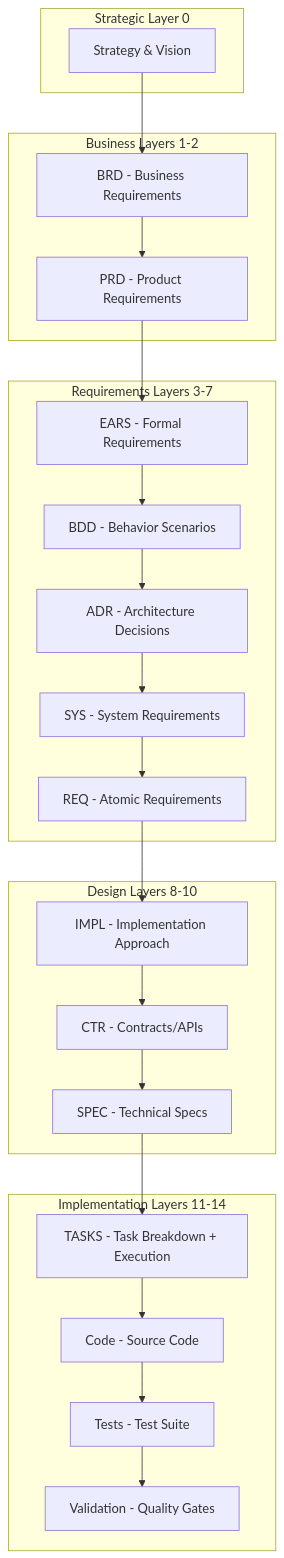
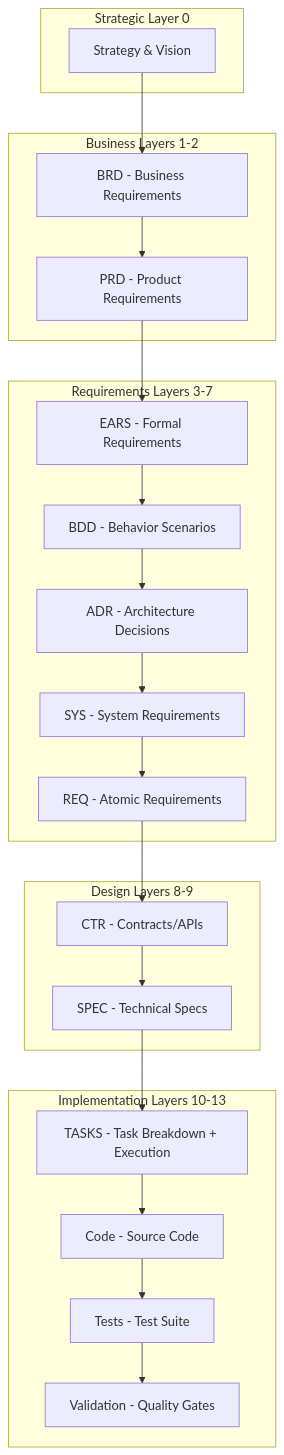
One commit to vladm3105/aidoc-flow-framework changed the second of 5 diagrams in ai_dev_flow/README.md. Above: the diagram before and after it, drawn with Mermaid. The commit also changed other lines of this file and 146 other files, not shown here.

Commit message:
refactor: Restructure documentation framework by reordering CTR, SPEC, and TASKS layers and removing the IMPL layer.

````diff
--- a/ai_dev_flow/README.md
+++ b/ai_dev_flow/README.md
@@ -264,31 +261,30 @@
 ```mermaid
 graph TB
     subgraph "Strategic Layer 0"
         L0[Strategy & Vision]
     end
     subgraph "Business Layers 1-2"
         L1[BRD - Business Requirements]
         L2[PRD - Product Requirements]
     end
     subgraph "Requirements Layers 3-7"
         L3[EARS - Formal Requirements]
         L4[BDD - Behavior Scenarios]
         L5[ADR - Architecture Decisions]
         L6[SYS - System Requirements]
         L7[REQ - Atomic Requirements]
     end
-    subgraph "Design Layers 8-10"
-        L8[IMPL - Implementation Approach]
-        L9[CTR - Contracts/APIs]
-        L10[SPEC - Technical Specs]
+    subgraph "Design Layers 8-9"
+        L8[CTR - Contracts/APIs]
+        L9[SPEC - Technical Specs]
     end
-    subgraph "Implementation Layers 11-14"
-        L11[TASKS - Task Breakdown + Execution]
-        L12[Code - Source Code]
-        L13[Tests - Test Suite]
-        L14[Validation - Quality Gates]
+    subgraph "Implementation Layers 10-13"
+        L10[TASKS - Task Breakdown + Execution]
+        L11[Code - Source Code]
+        L12[Tests - Test Suite]
+        L13[Validation - Quality Gates]
     end
 
     L0 --> L1 --> L2 --> L3 --> L4 --> L5 --> L6 --> L7
-    L7 --> L8 --> L9 --> L10 --> L11 --> L12 --> L13 --> L14
+    L7 --> L8 --> L9 --> L10 --> L11 --> L12 --> L13
 ```
````
